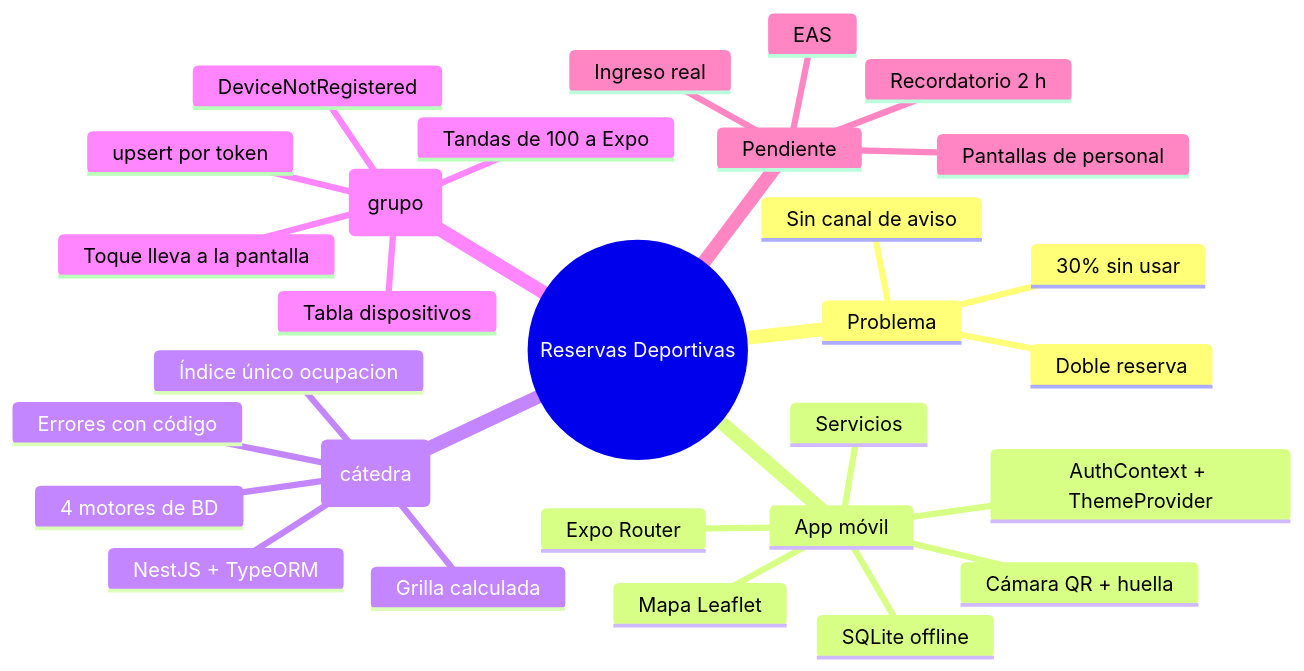
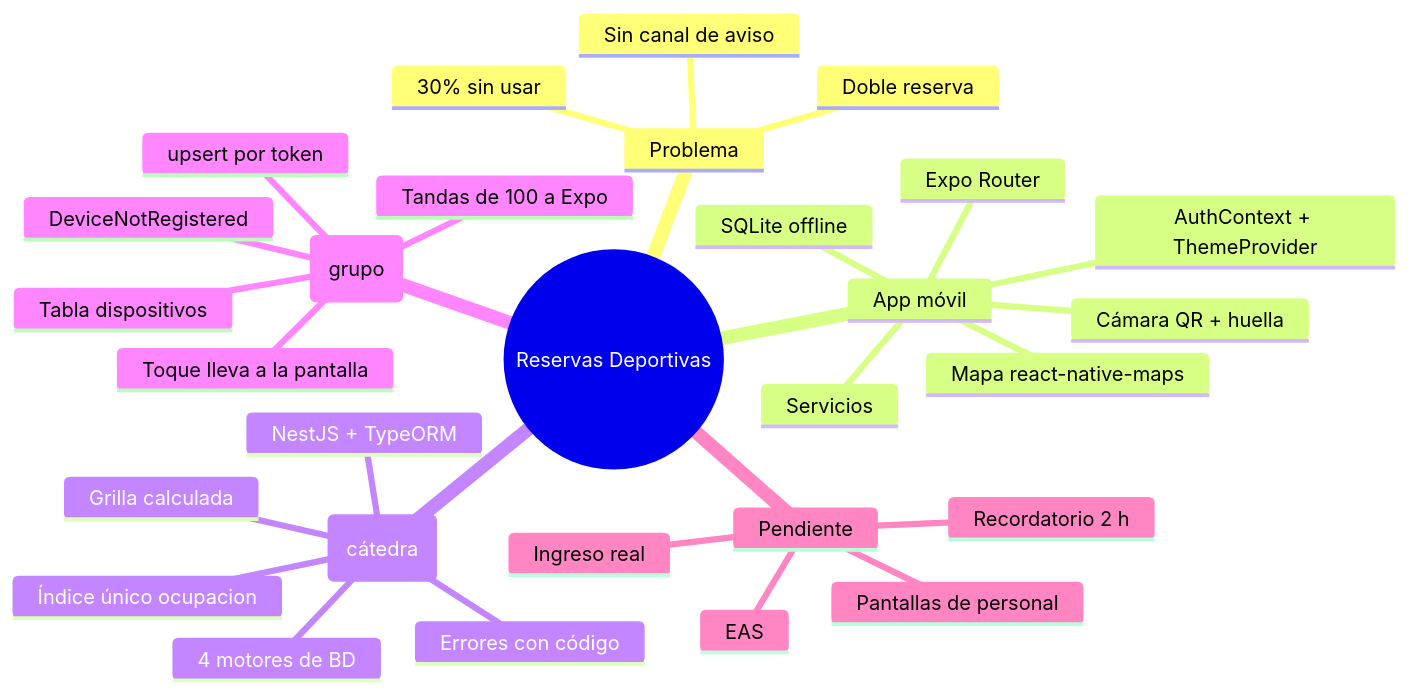
The diagram in docs/09-guia-de-defensa.md (lucas12cn/proyecto-final-reservas), drawn with Mermaid before and after one commit. The commit also changed other lines of this file and 11 other files, not shown here.

First line of the commit message:
feat(app): mapa nativo con react-native-maps, sin WebView

````diff
--- a/docs/09-guia-de-defensa.md
+++ b/docs/09-guia-de-defensa.md
@@ -235,32 +240,32 @@
 ```mermaid
 mindmap
   root((Reservas Deportivas))
     Problema
       Doble reserva
       Sin canal de aviso
       30% sin usar
     App móvil
       Expo Router
       AuthContext + ThemeProvider
       Servicios
       SQLite offline
       Cámara QR + huella
-      Mapa Leaflet
+      Mapa react-native-maps
     API (cátedra)
       NestJS + TypeORM
       Grilla calculada
       Índice único ocupacion
       Errores con código
       4 motores de BD
     Push (grupo)
       Tabla dispositivos
       upsert por token
       Tandas de 100 a Expo
       DeviceNotRegistered
       Toque lleva a la pantalla
     Pendiente
       Ingreso real
       Recordatorio 2 h
       Pantallas de personal
       EAS
 ```
````
